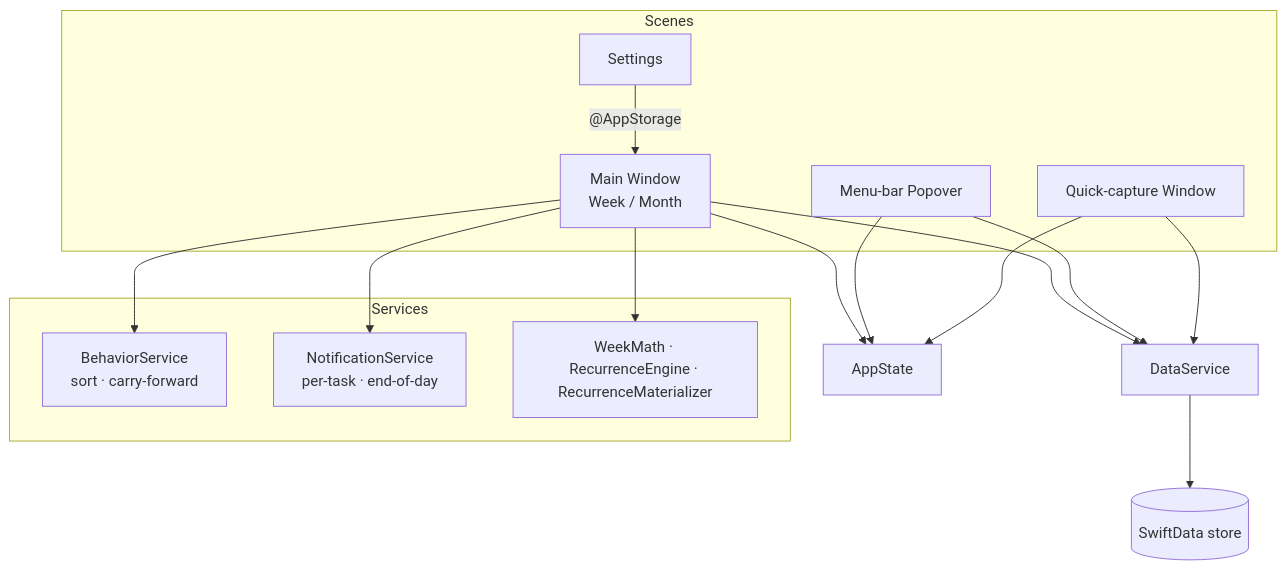
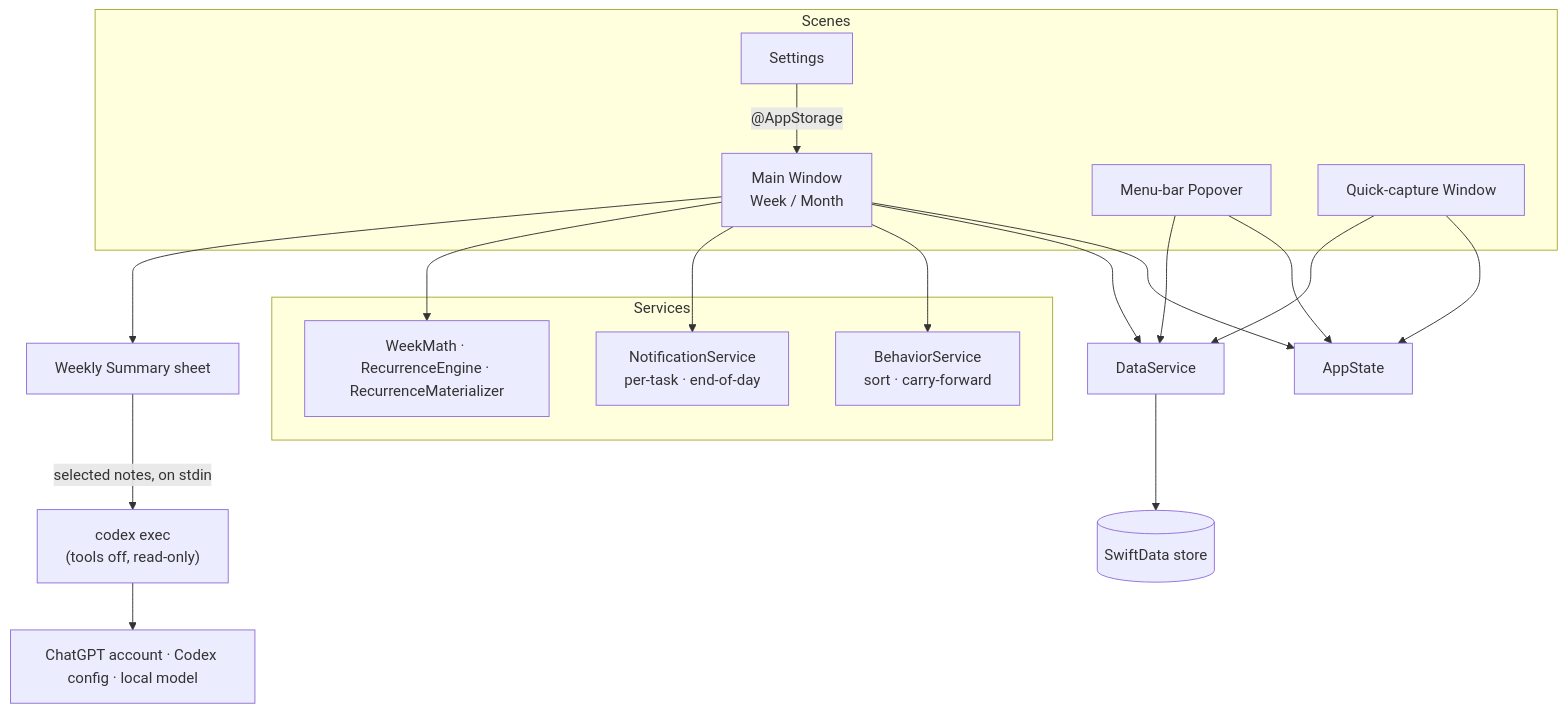
The diagram in README.md (nikhilkomakula/ticky-task), drawn with Mermaid before and after one commit. The commit also changed other lines of this file and 43 other files, not shown here.

First line of the commit message:
Release v0.1.16: Weekly Summary (Codex), toolbar order, menu-bar Quit (#4)

````diff
--- a/README.md
+++ b/README.md
@@ -54,21 +62,24 @@
 ```mermaid
 flowchart TD
     subgraph Scenes
         MW["Main Window<br/>Week / Month"]
         MB[Menu-bar Popover]
         QC[Quick-capture Window]
         ST[Settings]
     end
     MW & MB & QC --> AS[AppState]
     MW & MB & QC --> DS[DataService]
     DS --> SD[(SwiftData store)]
     subgraph Services
         BEH["BehaviorService<br/>sort · carry-forward"]
         NOT["NotificationService<br/>per-task · end-of-day"]
         WM["WeekMath · RecurrenceEngine · RecurrenceMaterializer"]
     end
     MW --> BEH
     MW --> NOT
     MW --> WM
     ST -->|"@AppStorage"| MW
+    MW --> WS["Weekly Summary sheet"]
+    WS -->|"selected notes, on stdin"| CX["codex exec<br/>(tools off, read-only)"]
+    CX --> AI["ChatGPT account · Codex config · local model"]
 ```
````
